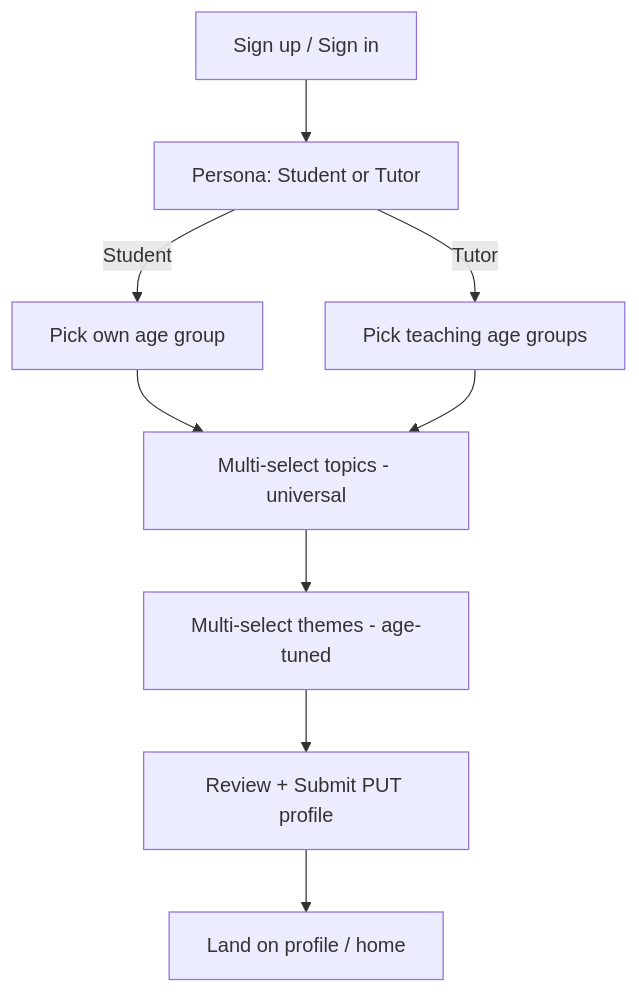
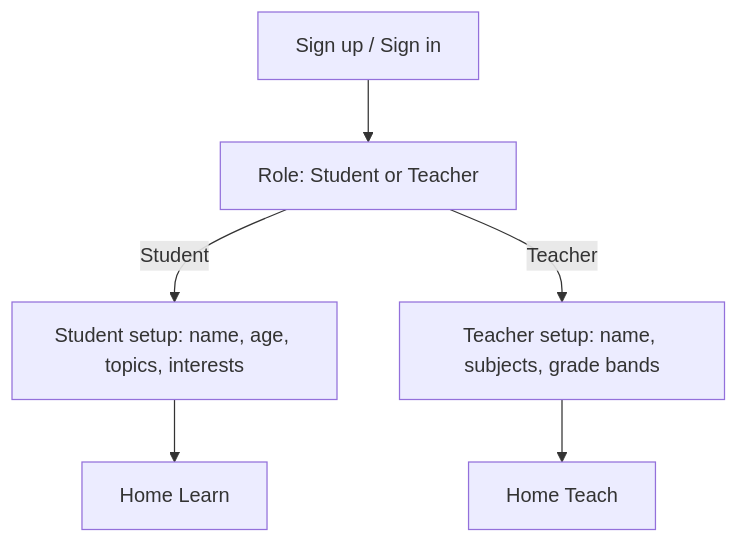
One commit to ShaTir24/cursor-hackathon changed the diagram in specs/onboarding.md. Above: the diagram before and after it, drawn with Mermaid. The commit also changed other lines of this file and 88 other files, not shown here.

Commit message:
Feat: Cleaned up old onboarding flow

````diff
--- a/specs/onboarding.md
+++ b/specs/onboarding.md
@@ -116,11 +76,8 @@
 ```mermaid
 flowchart TD
-  A[Sign up / Sign in] --> B[Persona: Student or Tutor]
-  B -->|Student| C[Pick own age group]
-  B -->|Tutor| D[Pick teaching age groups]
-  C --> E[Multi-select topics - universal]
-  D --> E
-  E --> F[Multi-select themes - age-tuned]
-  F --> G[Review + Submit PUT profile]
-  G --> H[Land on profile / home]
+  A[Sign up / Sign in] --> B[Role: Student or Teacher]
+  B -->|Student| C[Student setup: name, age, topics, interests]
+  B -->|Teacher| D[Teacher setup: name, subjects, grade bands]
+  C --> E[Home Learn]
+  D --> F[Home Teach]
 ```
````
